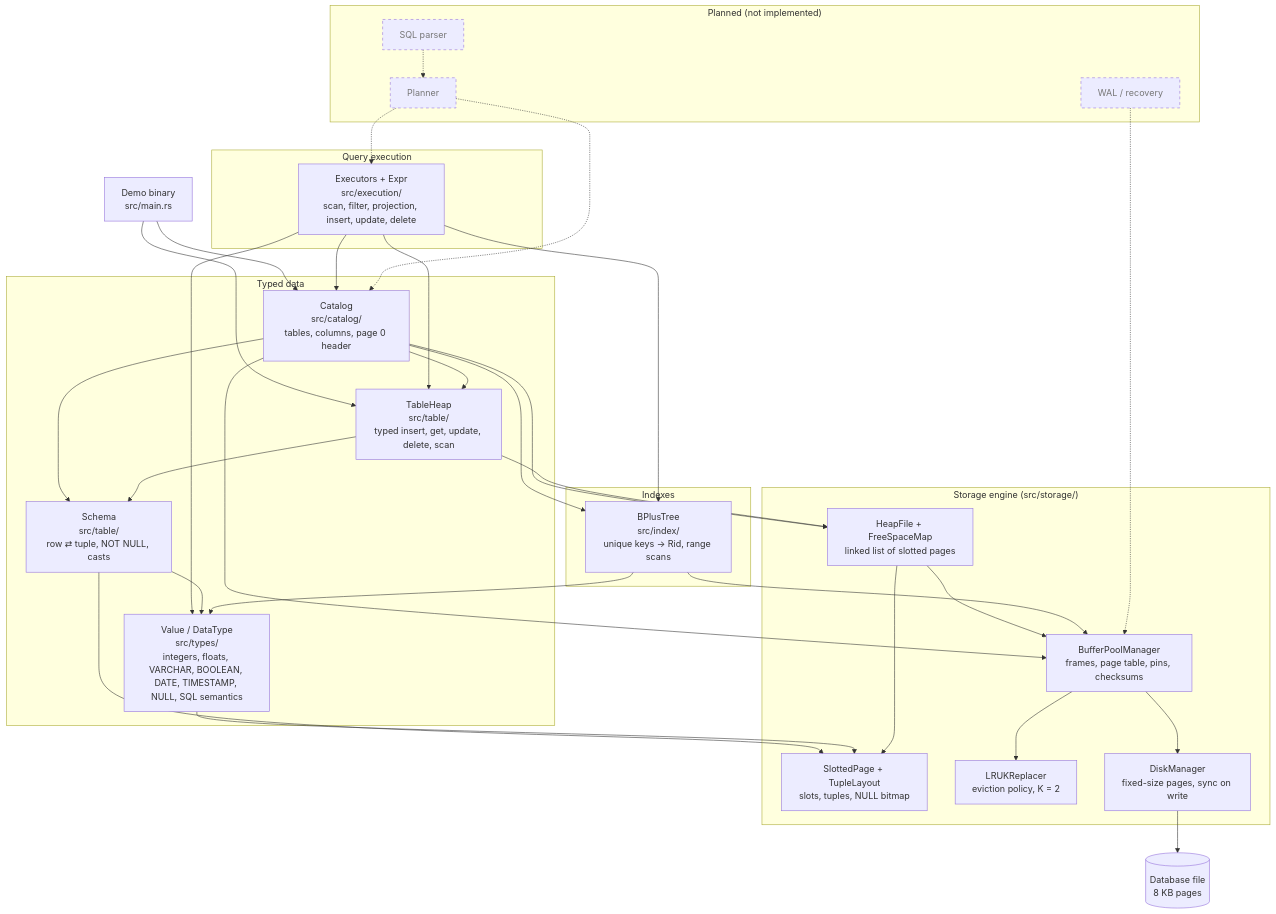
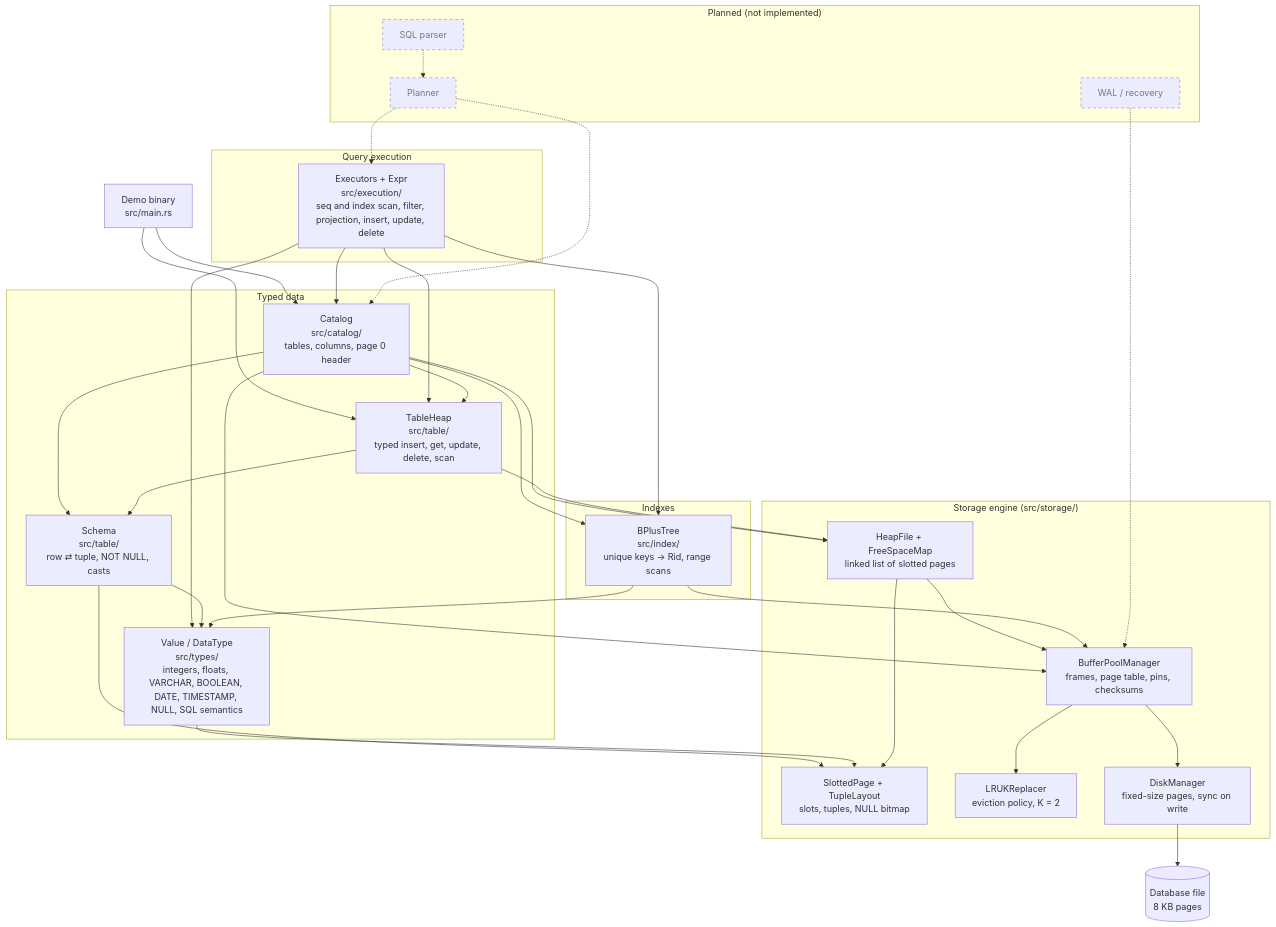
One commit to RodrigoGrz/ferro-db changed the diagram in docs/architecture.md. Above: the diagram before and after it, drawn with Mermaid. The commit also changed other lines of this file and 11 other files, not shown here.

````diff
--- a/docs/architecture.md
+++ b/docs/architecture.md
@@ -9,66 +9,66 @@
 ```mermaid
 flowchart TD
     demo["Demo binary<br/>src/main.rs"]
 
     subgraph upper["Typed data"]
         catalog["Catalog<br/>src/catalog/<br/>tables, columns, page 0 header"]
         tableheap["TableHeap<br/>src/table/<br/>typed insert, get, update, delete, scan"]
         schema["Schema<br/>src/table/<br/>row ⇄ tuple, NOT NULL, casts"]
         types["Value / DataType<br/>src/types/<br/>integers, floats, VARCHAR, BOOLEAN, DATE, TIMESTAMP, NULL, SQL semantics"]
     end
 
     subgraph indexes["Indexes"]
         btree["BPlusTree<br/>src/index/<br/>unique keys → Rid, range scans"]
     end
 
     subgraph execution["Query execution"]
-        exec["Executors + Expr<br/>src/execution/<br/>scan, filter, projection, insert, update, delete"]
+        exec["Executors + Expr<br/>src/execution/<br/>seq and index scan, filter, projection, insert, update, delete"]
     end
 
     subgraph storage["Storage engine (src/storage/)"]
         heap["HeapFile + FreeSpaceMap<br/>linked list of slotted pages"]
         slotted["SlottedPage + TupleLayout<br/>slots, tuples, NULL bitmap"]
         bpm["BufferPoolManager<br/>frames, page table, pins, checksums"]
         replacer["LRUKReplacer<br/>eviction policy, K = 2"]
         disk["DiskManager<br/>fixed-size pages, sync on write"]
     end
 
     file[("Database file<br/>8 KB pages")]
 
     demo --> catalog
     demo --> tableheap
     exec --> catalog
     exec --> tableheap
     exec --> btree
     exec --> types
     catalog --> tableheap
     catalog --> heap
     catalog --> schema
     tableheap --> schema
     tableheap --> heap
     schema --> types
     schema --> slotted
     types --> slotted
     heap --> slotted
     heap --> bpm
     catalog --> bpm
     catalog --> btree
     btree --> types
     btree --> bpm
     bpm --> replacer
     bpm --> disk
     disk --> file
 
     subgraph planned["Planned (not implemented)"]
         sql["SQL parser"]
         planner["Planner"]
         wal["WAL / recovery"]
     end
     sql -.-> planner
     planner -.-> exec
     planner -.-> catalog
     wal -.-> bpm
 
     classDef plannedNode stroke-dasharray: 5 5,color:#777
     class sql,planner,wal plannedNode
 ```
````
